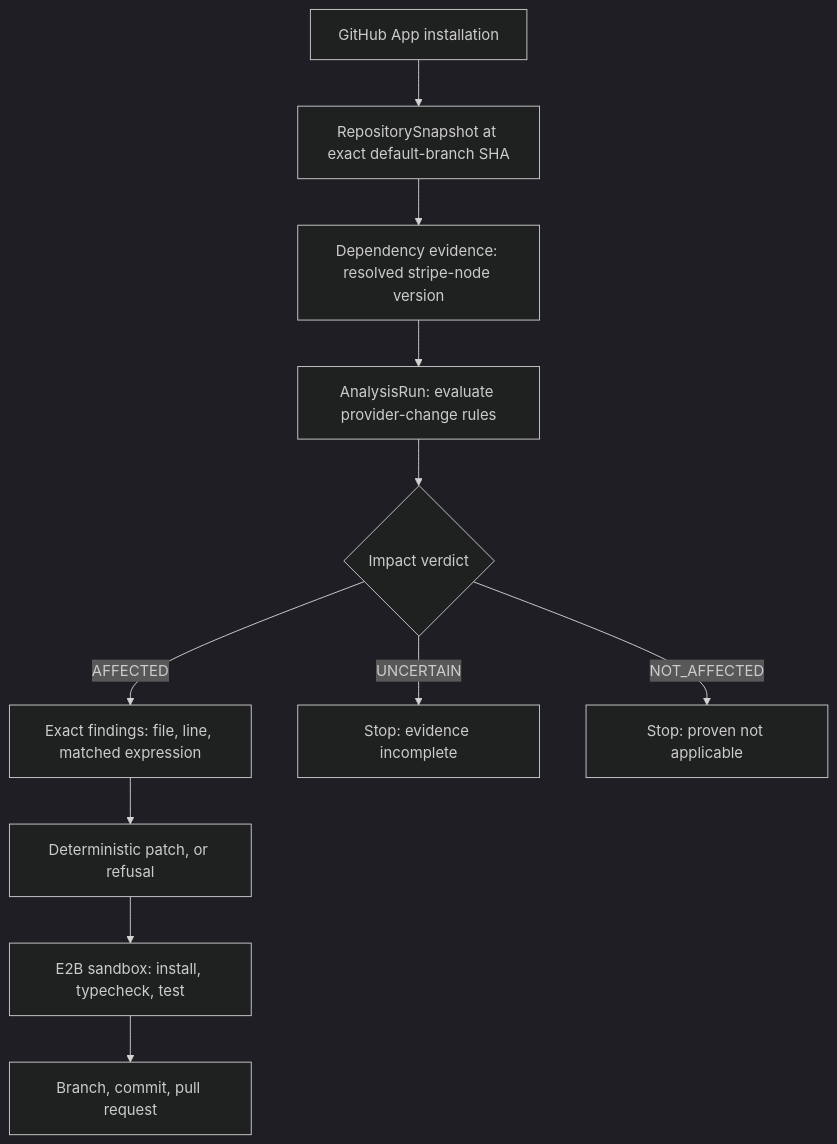
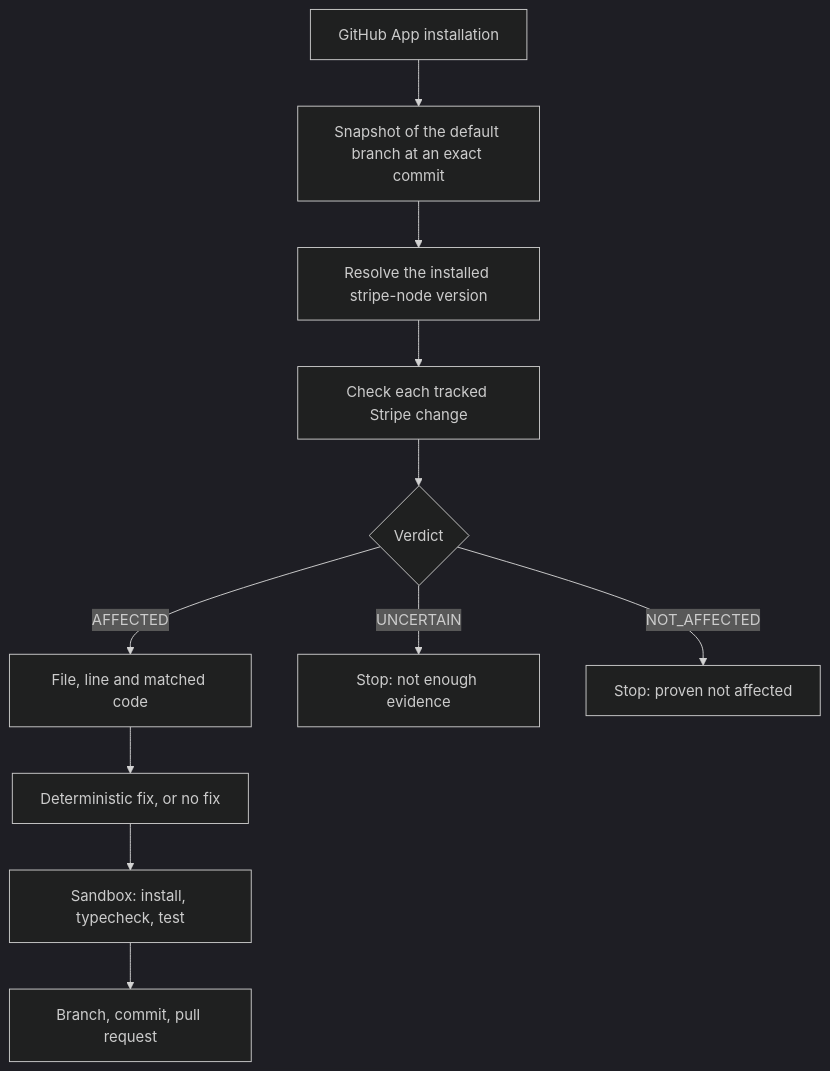
Before and after one commit to HamidZ11/patchwork: the diagram in README.md, drawn with Mermaid (dark theme). The commit also changed other lines of this file, not shown here.

````diff
--- a/README.md
+++ b/README.md
@@ -74,13 +58,13 @@
 ```mermaid
 flowchart TD
-    A[GitHub App installation] --> B[RepositorySnapshot at exact default-branch SHA]
-    B --> C[Dependency evidence: resolved stripe-node version]
-    C --> D[AnalysisRun: evaluate provider-change rules]
-    D --> E{Impact verdict}
-    E -->|AFFECTED| F[Exact findings: file, line, matched expression]
-    E -->|UNCERTAIN| Z[Stop: evidence incomplete]
-    E -->|NOT_AFFECTED| Y[Stop: proven not applicable]
-    F --> G[Deterministic patch, or refusal]
-    G --> H[E2B sandbox: install, typecheck, test]
+    A[GitHub App installation] --> B[Snapshot of the default branch at an exact commit]
+    B --> C[Resolve the installed stripe-node version]
+    C --> D[Check each tracked Stripe change]
+    D --> E{Verdict}
+    E -->|AFFECTED| F[File, line and matched code]
+    E -->|UNCERTAIN| Z[Stop: not enough evidence]
+    E -->|NOT_AFFECTED| Y[Stop: proven not affected]
+    F --> G[Deterministic fix, or no fix]
+    G --> H[Sandbox: install, typecheck, test]
     H --> I[Branch, commit, pull request]
 ```
````
